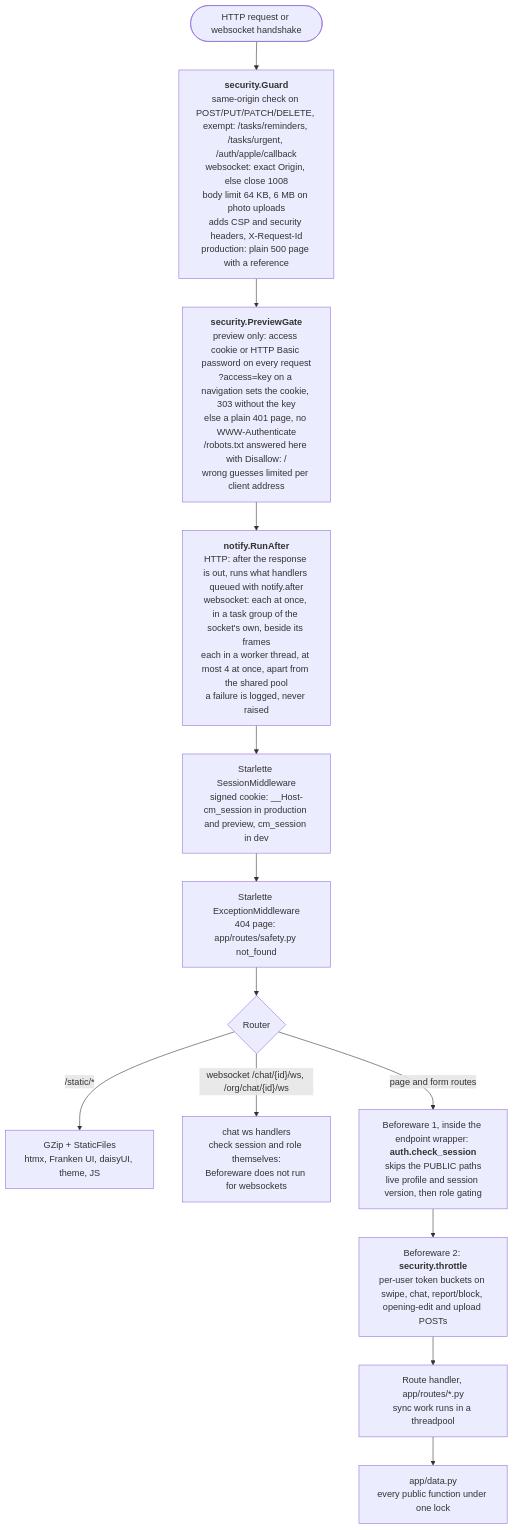
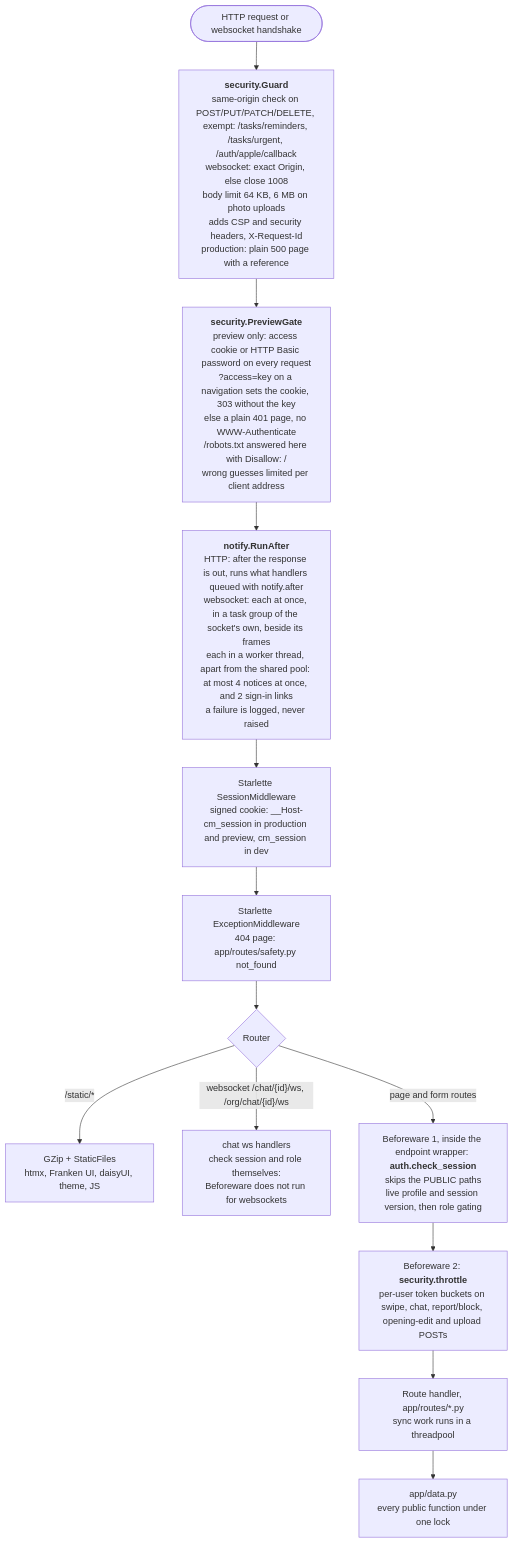
Before and after one commit to slegroux/causematch: diagram 11 of 26 in docs/ARCHITECTURE.md, drawn with Mermaid. The commit also changed other lines of this file and 7 other files, not shown here.

First line of the commit message:
Review fixes: own threads for sign-in links, a loud off-loop after(), tests

````diff
--- a/docs/ARCHITECTURE.md
+++ b/docs/ARCHITECTURE.md
@@ -551,18 +551,18 @@
 ```mermaid
 flowchart TD
     req(["HTTP request or websocket handshake"]) --> guard
     guard["<b>security.Guard</b><br/>same-origin check on POST/PUT/PATCH/DELETE, exempt: /tasks/reminders, /tasks/urgent, /auth/apple/callback<br/>websocket: exact Origin, else close 1008<br/>body limit 64 KB, 6 MB on photo uploads<br/>adds CSP and security headers, X-Request-Id<br/>production: plain 500 page with a reference"]
     guard --> gate
     gate["<b>security.PreviewGate</b><br/>preview only: access cookie or HTTP Basic password on every request<br/>?access=key on a navigation sets the cookie, 303 without the key<br/>else a plain 401 page, no WWW-Authenticate<br/>/robots.txt answered here with Disallow: /<br/>wrong guesses limited per client address"]
-    gate --> after["<b>notify.RunAfter</b><br/>HTTP: after the response is out, runs what handlers queued with notify.after<br/>websocket: each at once, in a task group of the socket's own, beside its frames<br/>each in a worker thread, at most 4 at once, apart from the shared pool<br/>a failure is logged, never raised"]
+    gate --> after["<b>notify.RunAfter</b><br/>HTTP: after the response is out, runs what handlers queued with notify.after<br/>websocket: each at once, in a task group of the socket's own, beside its frames<br/>each in a worker thread, apart from the shared pool: at most 4 notices at once, and 2 sign-in links<br/>a failure is logged, never raised"]
     after --> sess["Starlette SessionMiddleware<br/>signed cookie: __Host-cm_session in production and preview, cm_session in dev"]
     sess --> exc["Starlette ExceptionMiddleware<br/>404 page: app/routes/safety.py not_found"]
     exc --> router{"Router"}
     router -- "/static/*" --> static["GZip + StaticFiles<br/>htmx, Franken UI, daisyUI, theme, JS"]
     router -- "websocket /chat/{id}/ws, /org/chat/{id}/ws" --> ws["chat ws handlers<br/>check session and role themselves:<br/>Beforeware does not run for websockets"]
     router -- "page and form routes" --> bw
     bw["Beforeware 1, inside the endpoint wrapper: <b>auth.check_session</b><br/>skips the PUBLIC paths<br/>live profile and session version, then role gating"]
     bw --> thr["Beforeware 2: <b>security.throttle</b><br/>per-user token buckets on swipe, chat, report/block, opening-edit and upload POSTs"]
     thr --> handler["Route handler, app/routes/*.py<br/>sync work runs in a threadpool"]
     handler --> data["app/data.py<br/>every public function under one lock"]
 ```
````
